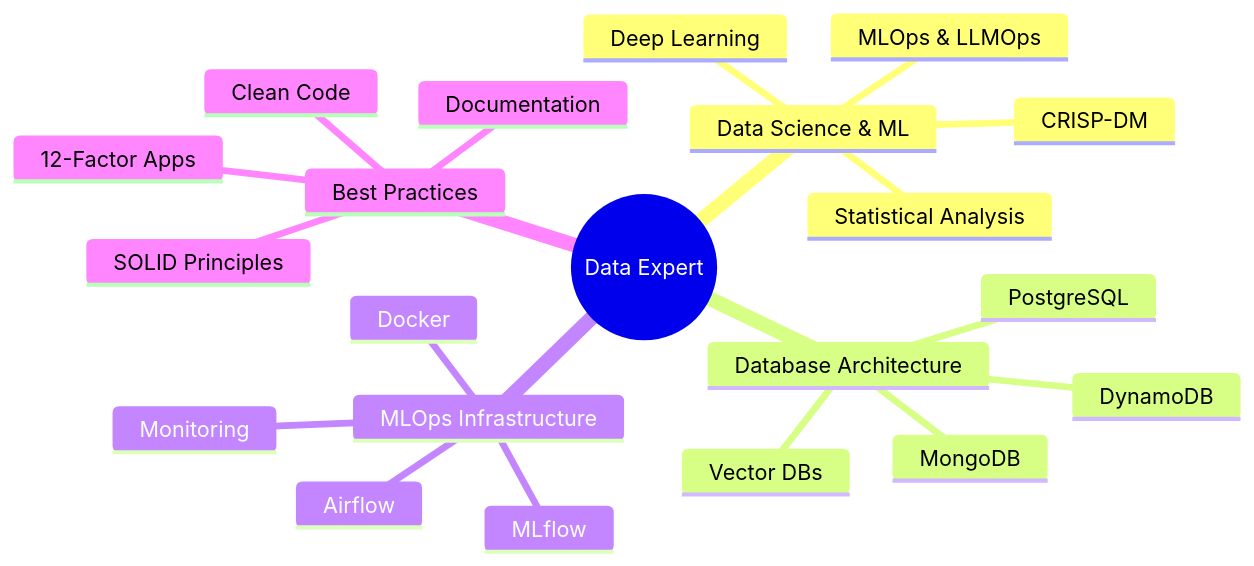
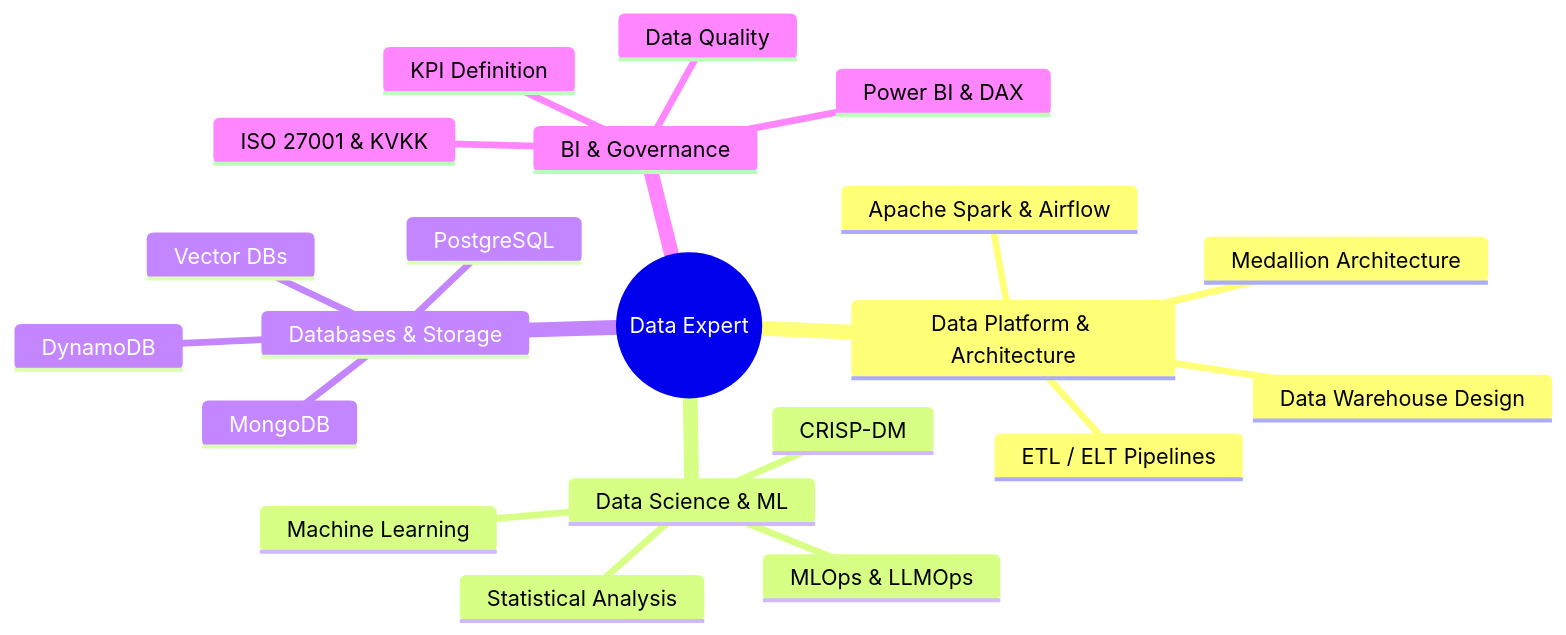
Before and after one commit to gkhnelbstn/gkhnelbstn: the diagram in README.md, drawn with Mermaid. The commit also changed other lines of this file, not shown here.

````diff
--- a/README.md
+++ b/README.md
@@ -18,24 +22,24 @@
 ```mermaid
 mindmap
   root((Data Expert))
+    Data Platform & Architecture
+      Medallion Architecture
+      ETL / ELT Pipelines
+      Data Warehouse Design
+      Apache Spark & Airflow
     Data Science & ML
       CRISP-DM
       Statistical Analysis
-      Deep  Learning
+      Machine Learning
       MLOps & LLMOps
-    Database Architecture
+    Databases & Storage
       PostgreSQL
       MongoDB
       DynamoDB
       Vector DBs
-    MLOps Infrastructure
-      Airflow
-      MLflow
-      Docker
-      Monitoring
-    Best Practices
-      SOLID Principles
-      Clean Code
-      12-Factor Apps
-      Documentation
+    BI & Governance
+      Power BI & DAX
+      KPI Definition
+      Data Quality
+      ISO 27001 & KVKK
 ```
````
